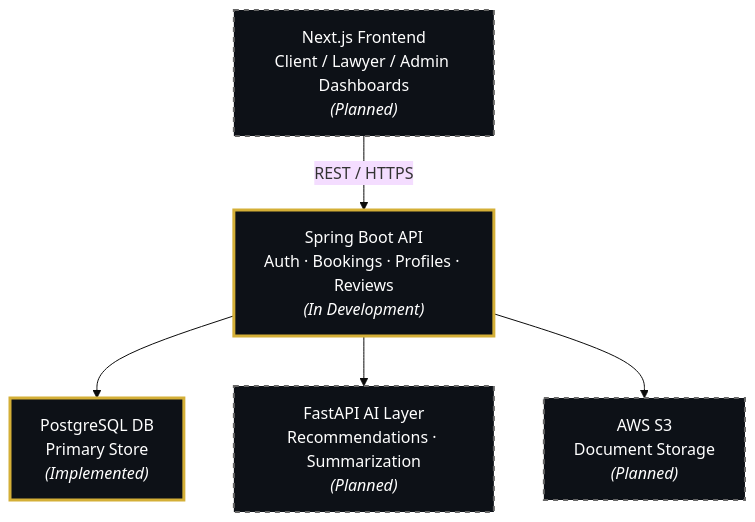
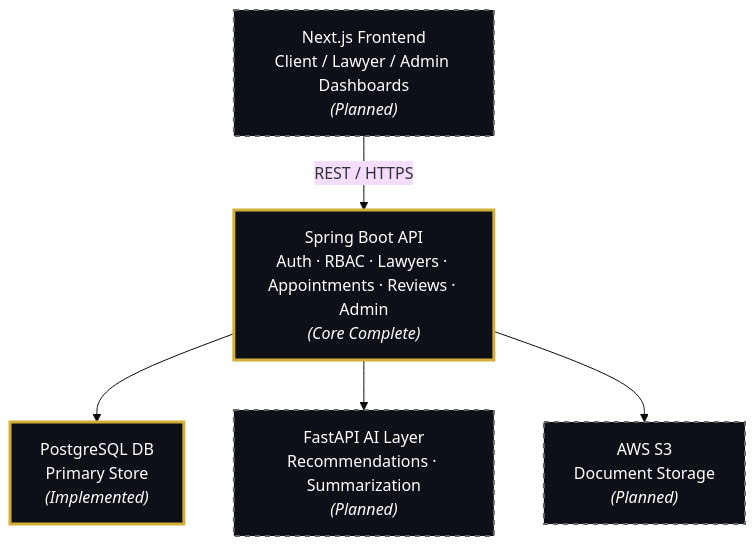
Before and after one commit to arshraj1020/vakil-connect: the first of 3 diagrams in README.md, drawn with Mermaid (base theme). The commit also changed other lines of this file and 16 other files, not shown here.

Commit message:
feat: implement lawyer service and improve admin security

````diff
--- a/README.md
+++ b/README.md
@@ -208,13 +212,13 @@
 ```mermaid
 flowchart TD
- A[" Next.js Frontend<br/>Client / Lawyer / Admin Dashboards<br/><i>(Planned)</i>"] -->|REST / HTTPS| B[" Spring Boot API<br/>Auth · Bookings · Profiles · Reviews<br/><i>(In Development)</i>"]
+ A[" Next.js Frontend<br/>Client / Lawyer / Admin Dashboards<br/><i>(Planned)</i>"] -->|REST / HTTPS| B[" Spring Boot API<br/>Auth · RBAC · Lawyers · Appointments · Reviews · Admin<br/><i>(Core Complete)</i>"]
  B --> C[" PostgreSQL DB<br/>Primary Store<br/><i>(Implemented)</i>"]
  B --> D[" FastAPI AI Layer<br/>Recommendations · Summarization<br/><i>(Planned)</i>"]
  B --> E[" AWS S3<br/>Document Storage<br/><i>(Planned)</i>"]
 
  style A fill:#0d1117,stroke:#666,stroke-width:2px,color:#fff,stroke-dasharray: 5 5
  style B fill:#0d1117,stroke:#D4AF37,stroke-width:3px,color:#fff
  style C fill:#0d1117,stroke:#D4AF37,stroke-width:3px,color:#fff
  style D fill:#0d1117,stroke:#666,stroke-width:2px,color:#fff,stroke-dasharray: 5 5
  style E fill:#0d1117,stroke:#666,stroke-width:2px,color:#fff,stroke-dasharray: 5 5
 ```
````
